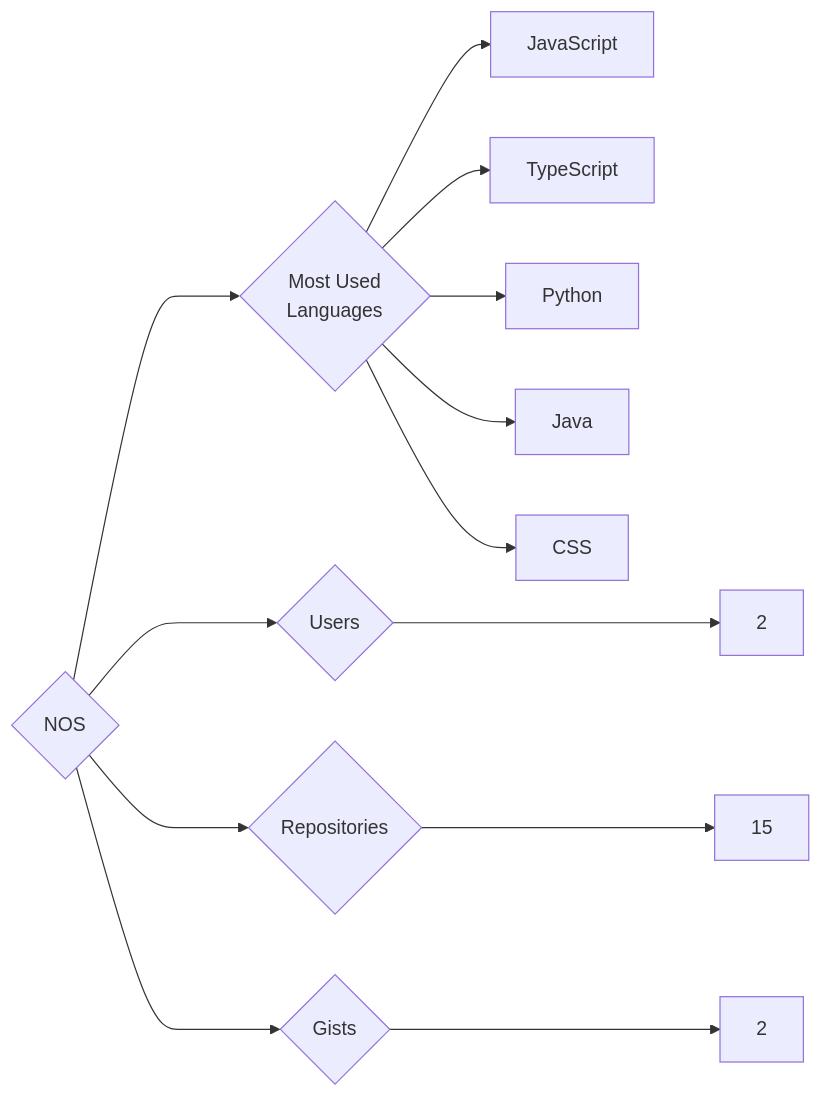
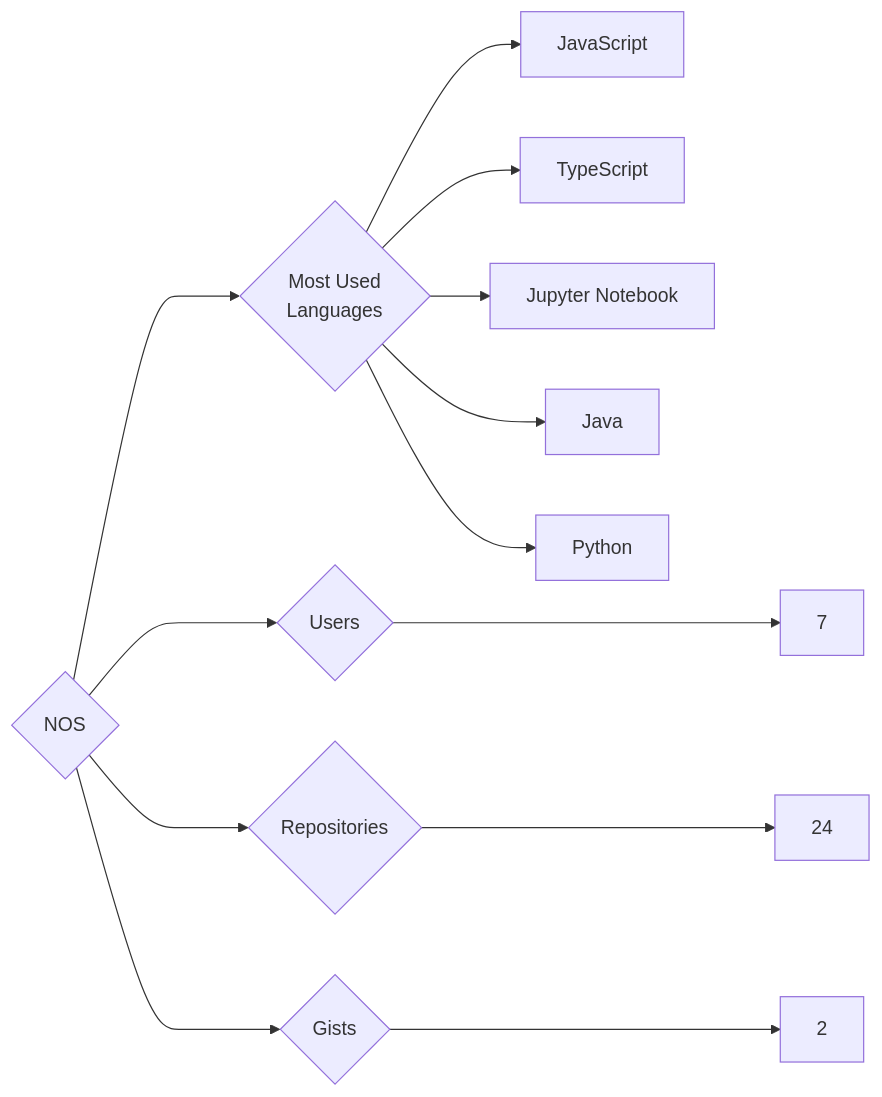
The diagram in targets/NOS/README.md (trickest/insiders), drawn with Mermaid before and after one commit. The commit also changed 839 other files, not shown here.

````diff
--- a/targets/NOS/README.md
+++ b/targets/NOS/README.md
@@ -3,13 +3,13 @@
 ```mermaid
 graph LR
 COMPANY_NAME{NOS}
-COMPANY_NAME ---> U{Users} ---> UN[2]
-COMPANY_NAME ---> R{Repositories} ---> RN[15]
+COMPANY_NAME ---> U{Users} ---> UN[7]
+COMPANY_NAME ---> R{Repositories} ---> RN[24]
 COMPANY_NAME ---> G{Gists} ---> GN[2]
 COMPANY_NAME ---> ML{Most Used<br>Languages}
 ML --> JavaScript[JavaScript]
 ML --> TypeScript[TypeScript]
+ML --> Jupyter_Notebook[Jupyter Notebook]
+ML --> Java[Java]
 ML --> Python[Python]
-ML --> Java[Java]
-ML --> CSS[CSS]
 ```
````
